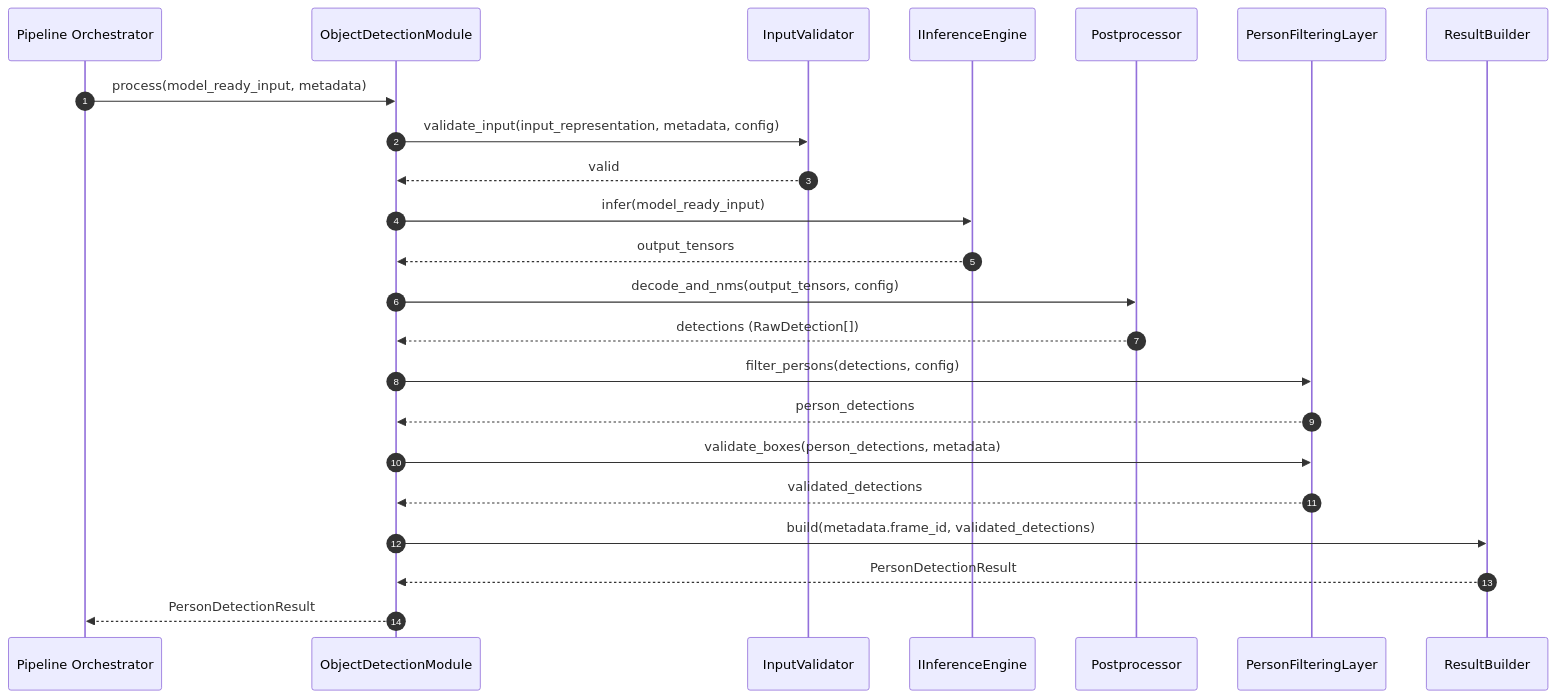
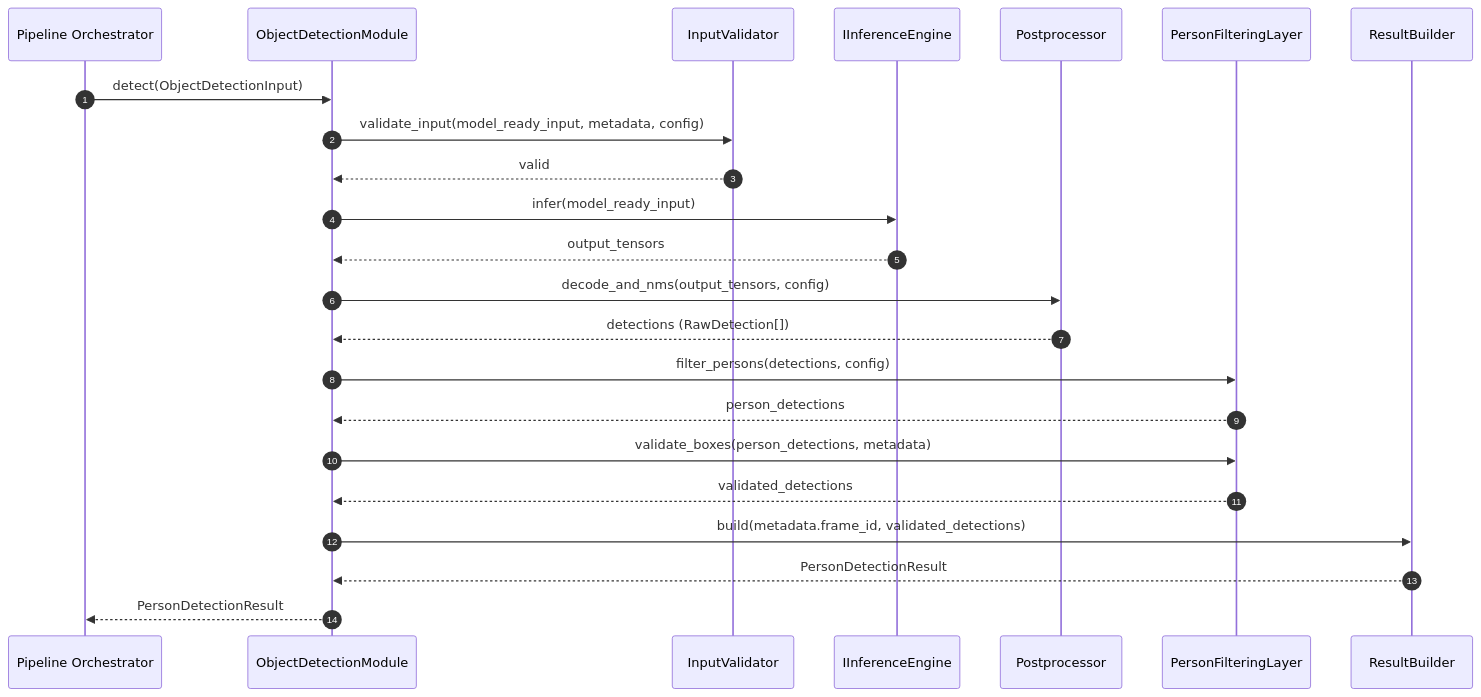
The third of 4 diagrams in doc/image_processing_service/object_detection.md (talifruman/camera-recognition), drawn with Mermaid before and after one commit. The commit also changed other lines of this file and 60 other files, not shown here.

````diff
--- a/doc/image_processing_service/object_detection.md
+++ b/doc/image_processing_service/object_detection.md
@@ -306,30 +350,30 @@
 ```mermaid
 sequenceDiagram
     autonumber
     participant Orch as Pipeline Orchestrator
     participant ODM as ObjectDetectionModule
     participant Val as InputValidator
     participant Eng as IInferenceEngine
     participant Post as Postprocessor
     participant Filter as PersonFilteringLayer
     participant Build as ResultBuilder
 
-    Orch->>ODM: process(model_ready_input, metadata)
-    ODM->>Val: validate_input(input_representation, metadata, config)
+    Orch->>ODM: detect(ObjectDetectionInput)
+    ODM->>Val: validate_input(model_ready_input, metadata, config)
     Val-->>ODM: valid
 
     ODM->>Eng: infer(model_ready_input)
     Eng-->>ODM: output_tensors
 
     ODM->>Post: decode_and_nms(output_tensors, config)
     Post-->>ODM: detections (RawDetection[])
 
     ODM->>Filter: filter_persons(detections, config)
     Filter-->>ODM: person_detections
     ODM->>Filter: validate_boxes(person_detections, metadata)
     Filter-->>ODM: validated_detections
 
     ODM->>Build: build(metadata.frame_id, validated_detections)
     Build-->>ODM: PersonDetectionResult
     ODM-->>Orch: PersonDetectionResult
 ```
````
